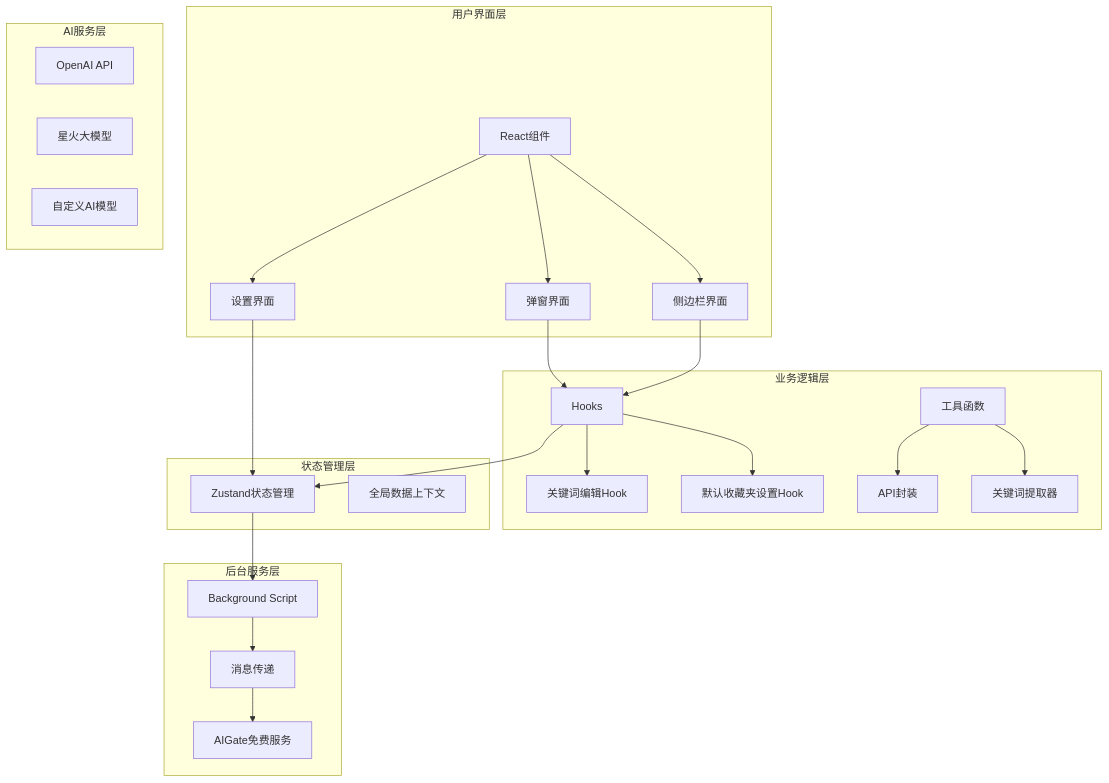
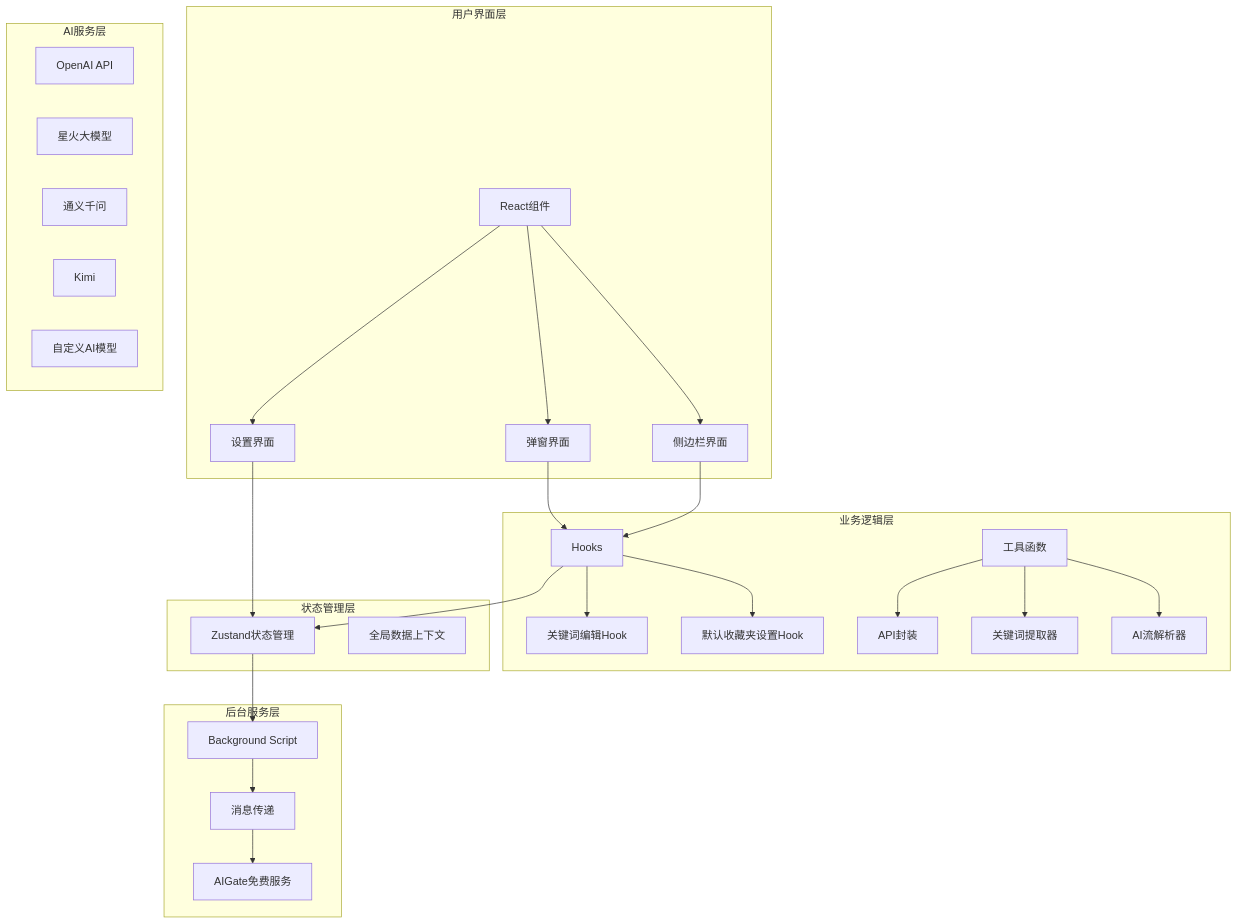
The second of 8 diagrams in .qoder/repowiki/zh/content/核心功能模块/AI关键词提取系统.md (RadiumAg/bilibili-favorites), drawn with Mermaid before and after one commit. The commit also changed other lines of this file and 3 other files, not shown here.

````diff
--- a/.qoder/repowiki/zh/content/核心功能模块/AI关键词提取系统.md
+++ b/.qoder/repowiki/zh/content/核心功能模块/AI关键词提取系统.md
@@ -138,35 +148,38 @@
 ```mermaid
 graph TB
 subgraph "用户界面层"
 UI[React组件] --> Popup[弹窗界面]
 UI --> SidePanel[侧边栏界面]
 UI --> Options[设置界面]
 end
 subgraph "业务逻辑层"
 Hook[Hooks] --> EditKeyword[关键词编辑Hook]
 Hook --> SetDefaultFav[默认收藏夹设置Hook]
 Utils[工具函数] --> API[API封装]
 Utils --> Extractor[关键词提取器]
+Utils --> StreamParser[AI流解析器]
 end
 subgraph "状态管理层"
 Store[Zustand状态管理]
 GlobalData[全局数据上下文]
 end
 subgraph "后台服务层"
 Background[Background Script]
 Message[消息传递]
 AIGate[AIGate免费服务]
 end
 subgraph "AI服务层"
 OpenAI[OpenAI API]
 Spark[星火大模型]
+Qwen[通义千问]
+Kimi[Kimi]
 Custom[自定义AI模型]
 end
 Popup --> Hook
 SidePanel --> Hook
 Options --> Store
 Hook --> Store
 Store --> Background
 Background --> Message
 Message --> AIGate
 ```
````
